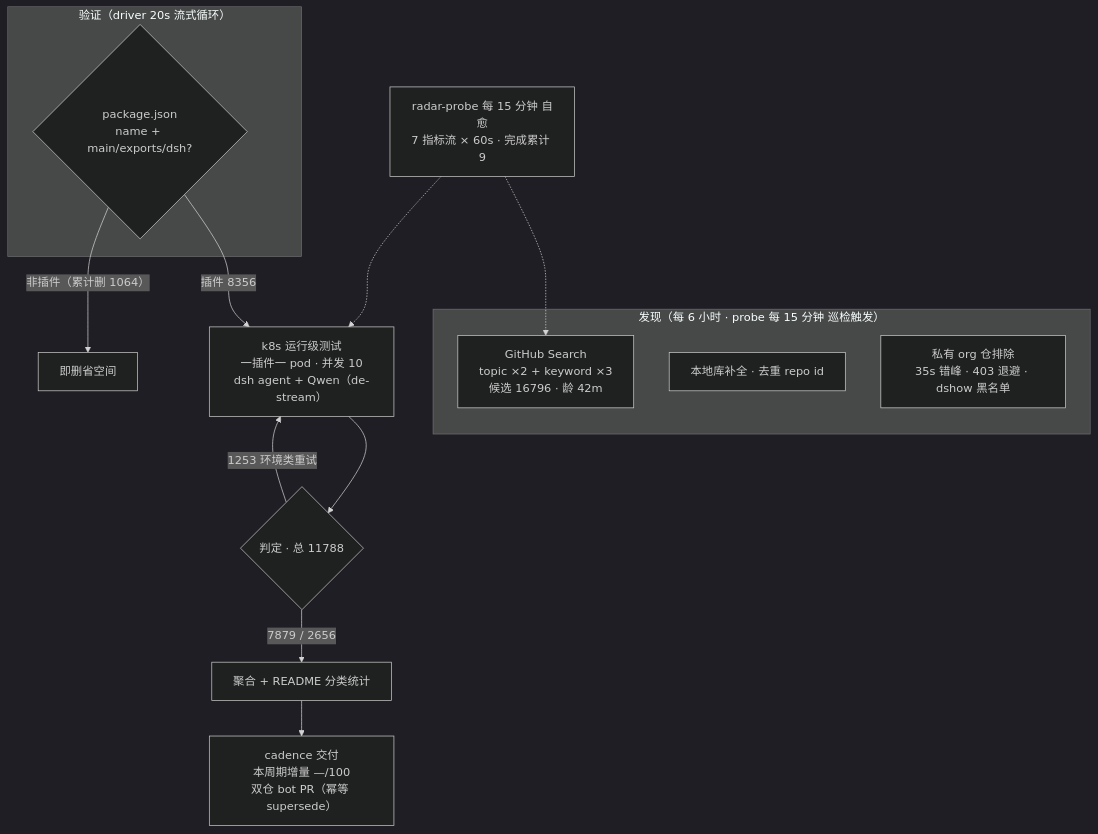
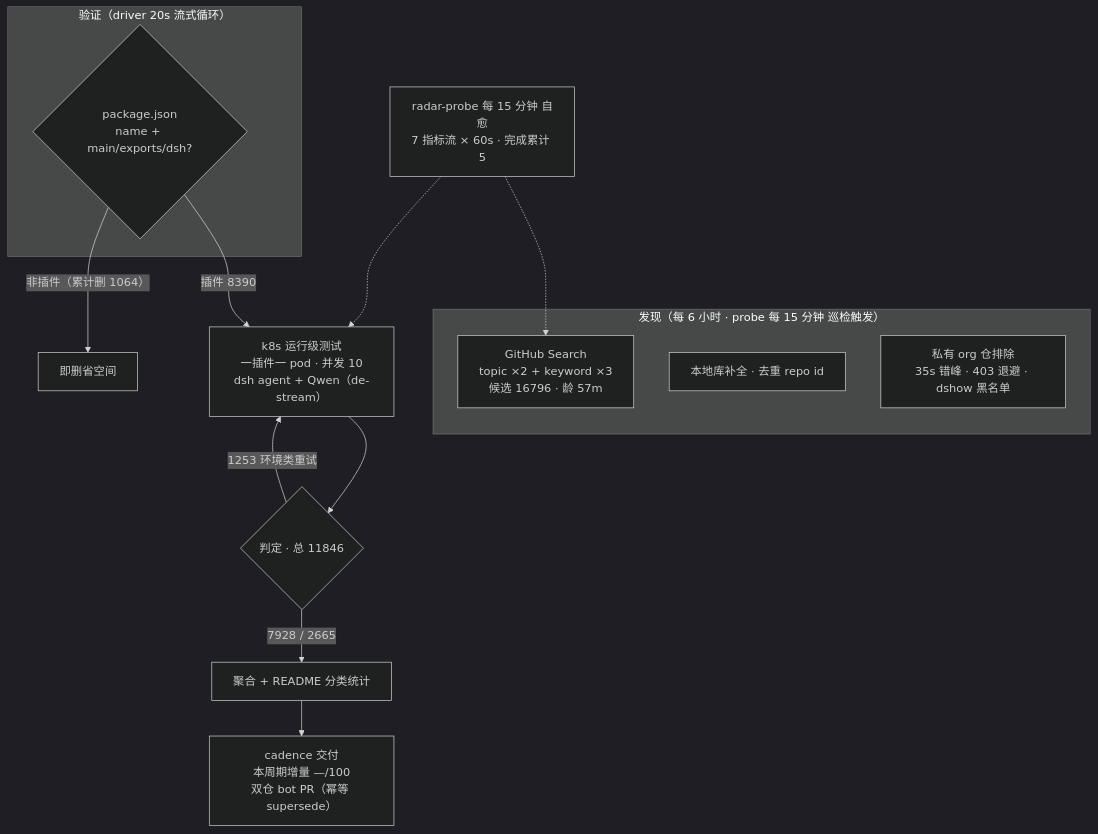
Before and after one commit to Zhidao-Lab-OSS/awesome-dsh-plugins: the diagram in README.md, drawn with Mermaid (dark theme). The commit also changed other lines of this file and 1 other file, not shown here.

````diff
--- a/README.md
+++ b/README.md
@@ -52,20 +52,20 @@
 ```mermaid
 flowchart TB
     subgraph Discovery["发现（每 6 小时 · probe 每 15 分钟 巡检触发）"]
-        A1["GitHub Search<br/>topic ×2 + keyword ×3<br/>候选 16796 · 龄 42m"]
+        A1["GitHub Search<br/>topic ×2 + keyword ×3<br/>候选 16796 · 龄 57m"]
         A2["本地库补全 · 去重 repo id"]
         A3["私有 org 仓排除<br/>35s 错峰 · 403 退避 · dshow 黑名单"]
     end
     subgraph Validation["验证（driver 20s 流式循环）"]
         B1{"package.json<br/>name + main/exports/dsh?"}
     end
-    B1 -->|"插件 8356"| C1["k8s 运行级测试<br/>一插件一 pod · 并发 10<br/>dsh agent + Qwen（de-stream）"]
+    B1 -->|"插件 8390"| C1["k8s 运行级测试<br/>一插件一 pod · 并发 10<br/>dsh agent + Qwen（de-stream）"]
     B1 -->|"非插件（累计删 1064）"| B3["即删省空间"]
-    C1 --> D1{"判定 · 总 11788"}
-    D1 -->|"7879 / 2656"| E1["聚合 + README 分类统计"]
+    C1 --> D1{"判定 · 总 11846"}
+    D1 -->|"7928 / 2665"| E1["聚合 + README 分类统计"]
     D1 -->|"1253 环境类重试"| C1
     E1 --> E2["cadence 交付<br/>本周期增量 —/100<br/>双仓 bot PR（幂等 supersede）"]
-    M["radar-probe 每 15 分钟 自愈<br/>7 指标流 × 60s · 完成累计 9"]
+    M["radar-probe 每 15 分钟 自愈<br/>7 指标流 × 60s · 完成累计 5"]
     M -.-> A1
     M -.-> C1
 ```
````
